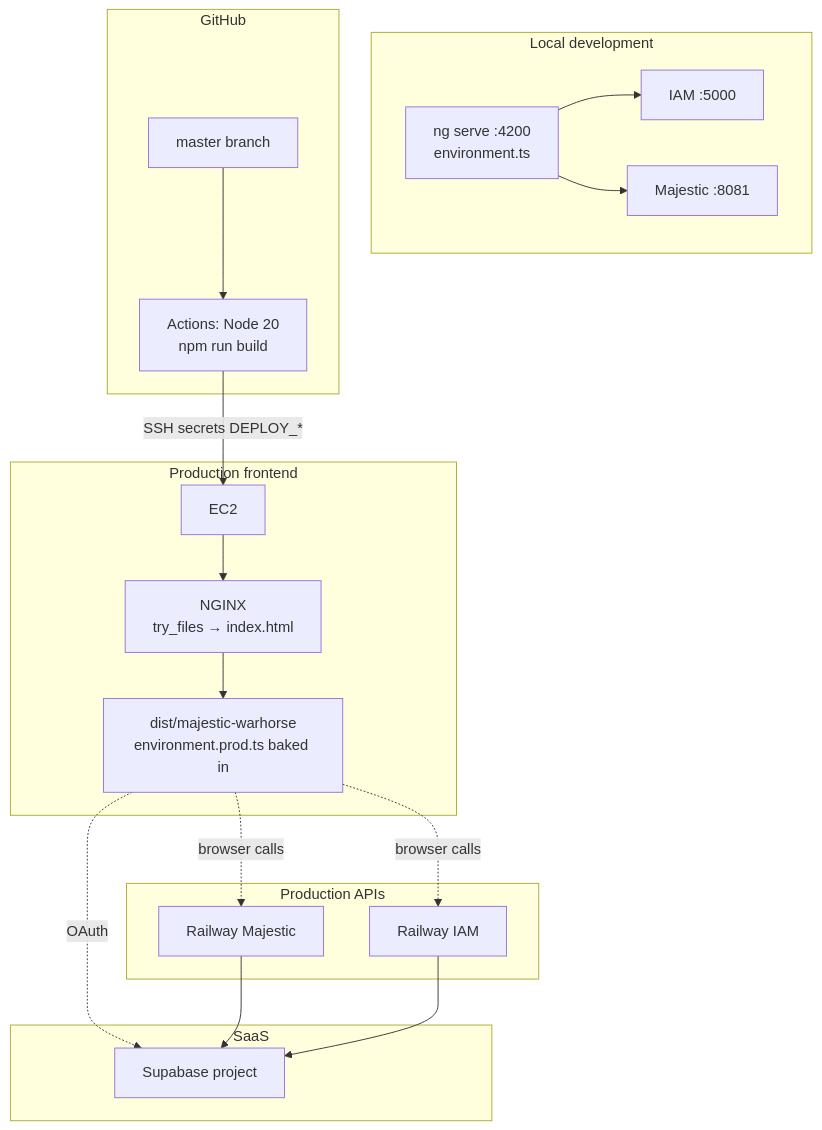
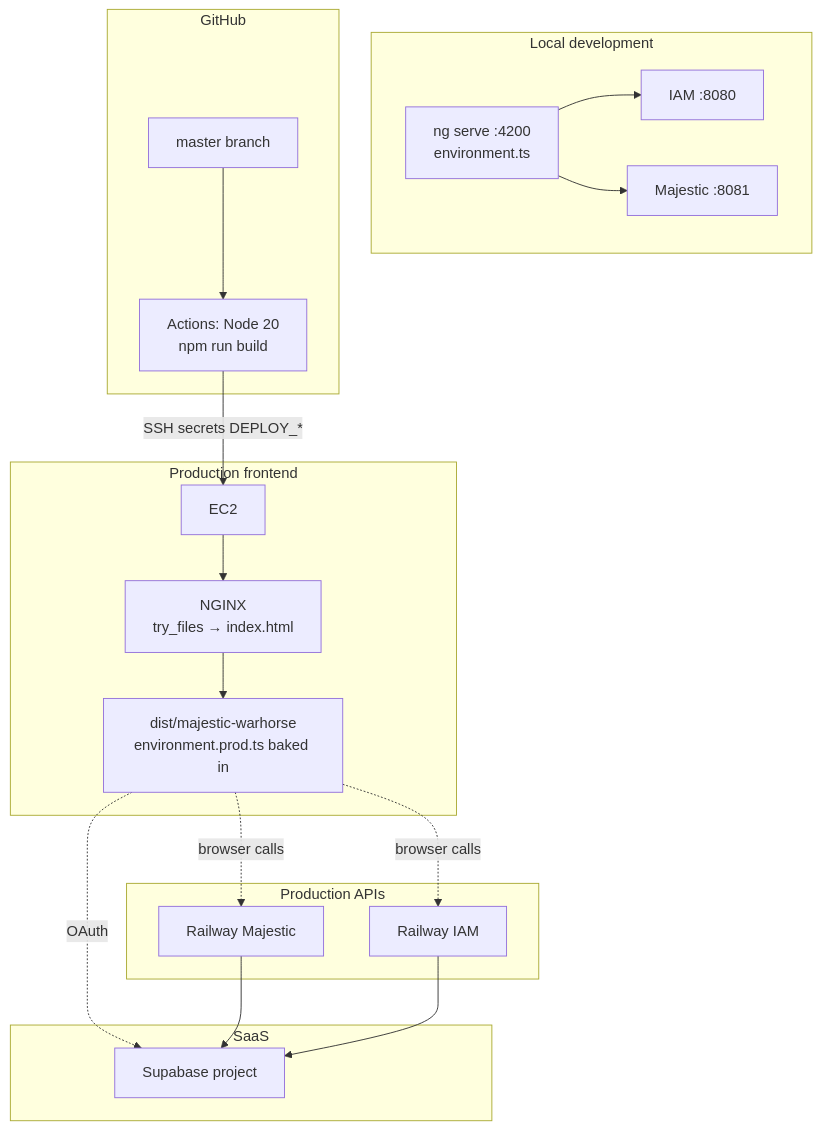
One commit to Jose-SN/majestic-warhorse changed diagram 16 of 17 in docs/product_requirements/03_System_Architecture.md. Above: the diagram before and after it, drawn with Mermaid. The commit also changed other lines of this file and 5 other files, not shown here.

````diff
--- a/docs/product_requirements/03_System_Architecture.md
+++ b/docs/product_requirements/03_System_Architecture.md
@@ -789,39 +789,39 @@
 ```mermaid
 flowchart TB
   subgraph Dev["Local development"]
     DEVSPA[ng serve :4200\nenvironment.ts]
-    DEVIAM[IAM :5000]
+    DEVIAM[IAM :8080]
     DEVMW[Majestic :8081]
     DEVSPA --> DEVIAM
     DEVSPA --> DEVMW
   end
 
   subgraph CI["GitHub"]
     REPO[master branch]
     GHA[Actions: Node 20\nnpm run build]
     REPO --> GHA
   end
 
   subgraph ProdFE["Production frontend"]
     EC2[EC2]
     NGINX[NGINX\ntry_files → index.html]
     DIST[dist/majestic-warhorse\nenvironment.prod.ts baked in]
     EC2 --> NGINX --> DIST
   end
 
   subgraph ProdAPI["Production APIs"]
     RIAM[Railway IAM]
     RMW[Railway Majestic]
   end
 
   subgraph SaaS["SaaS"]
     SUPA[Supabase project]
   end
 
   GHA -->|SSH secrets DEPLOY_*| EC2
   DIST -.->|browser calls| RIAM
   DIST -.->|browser calls| RMW
   DIST -.->|OAuth| SUPA
   RMW --> SUPA
   RIAM --> SUPA
 ```
````
